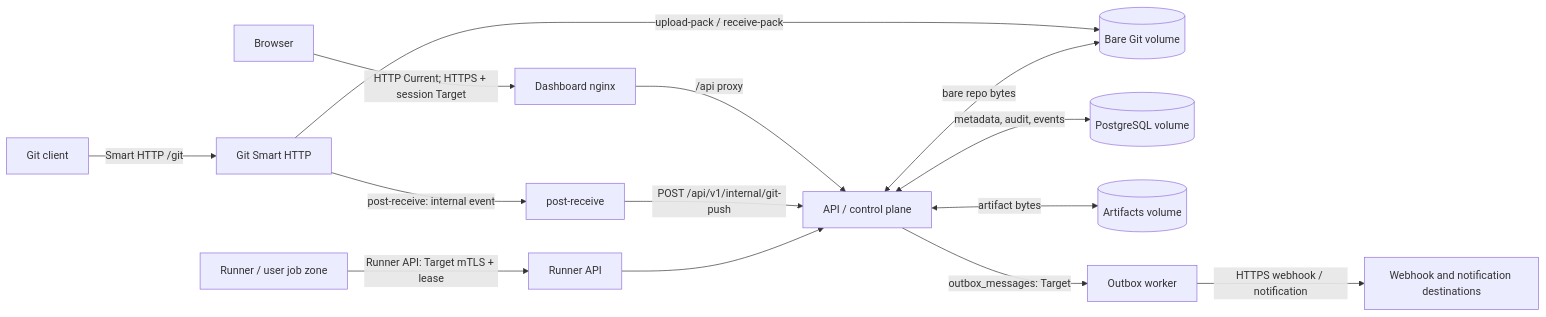
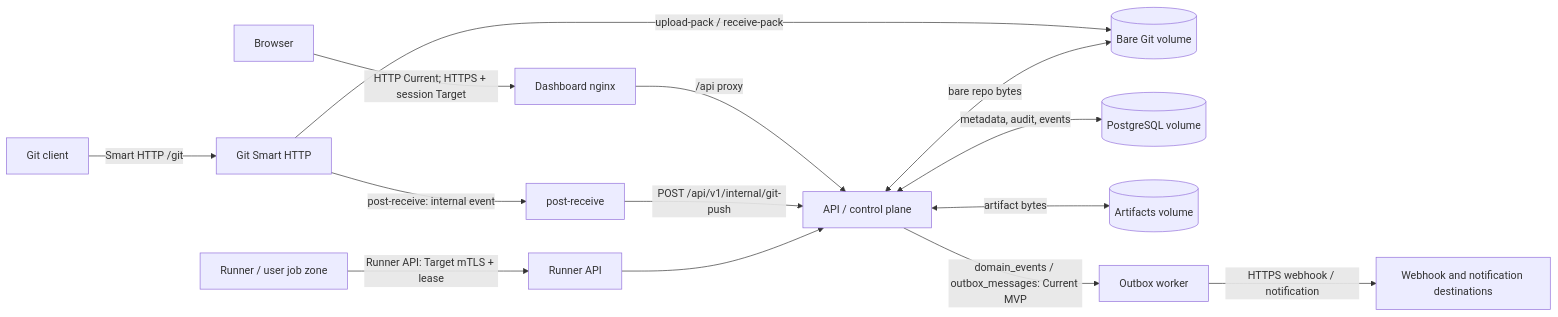
Before and after one commit to FerrPOINT/CI-CD: the diagram in docs/THREAT_MODEL.md, drawn with Mermaid. The commit also changed other lines of this file and 94 other files, not shown here.

Commit message:
docs(cicd): align architecture docs and UI evidence

````diff
--- a/docs/THREAT_MODEL.md
+++ b/docs/THREAT_MODEL.md
@@ -29,20 +29,20 @@
 ```mermaid
 flowchart LR
     browser[Browser] -->|HTTP Current; HTTPS + session Target| nginx[Dashboard nginx]
     nginx -->|/api proxy| api[API / control plane]
 
     gitclient[Git client] -->|Smart HTTP /git| smart[Git Smart HTTP]
     smart -->|upload-pack / receive-pack| gitvol[(Bare Git volume)]
     smart -->|post-receive: internal event| hook[post-receive]
     hook -->|POST /api/v1/internal/git-push| api
 
     runner[Runner / user job zone] -->|Runner API: Target mTLS + lease| runnerapi[Runner API]
     runnerapi --> api
 
     api <-->|metadata, audit, events| pg[(PostgreSQL volume)]
     api <-->|bare repo bytes| gitvol
     api <-->|artifact bytes| artifacts[(Artifacts volume)]
 
-    api -->|outbox_messages: Target| outbox[Outbox worker]
+    api -->|domain_events / outbox_messages: Current MVP| outbox[Outbox worker]
     outbox -->|HTTPS webhook / notification| external[Webhook and notification destinations]
 ```
````
